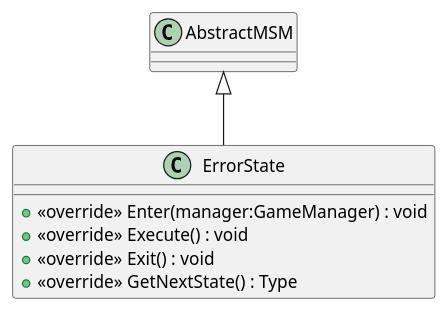
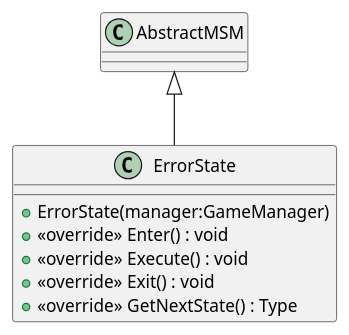
The diagram in Documentation/puml/Assets/Scripts/StateMachine/ErrorState.puml (Ubus99/AR_Project), drawn with PlantUML before and after one commit. The commit also changed 12 other files, not shown here.

```diff
--- a/Documentation/puml/Assets/Scripts/StateMachine/ErrorState.puml
+++ b/Documentation/puml/Assets/Scripts/StateMachine/ErrorState.puml
@@ -1,9 +1,10 @@
 @startuml
 class ErrorState {
-    + <<override>> Enter(manager:GameManager) : void
+    + ErrorState(manager:GameManager)
+    + <<override>> Enter() : void
     + <<override>> Execute() : void
     + <<override>> Exit() : void
     + <<override>> GetNextState() : Type
 }
 AbstractMSM <|-- ErrorState
 @enduml
```
